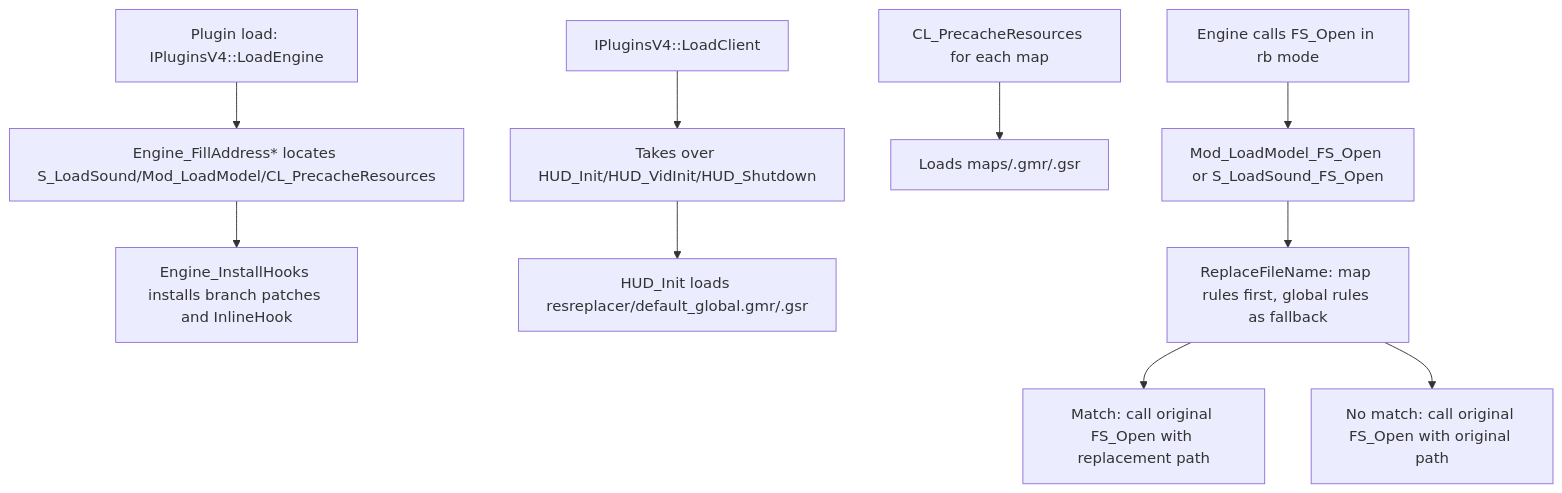
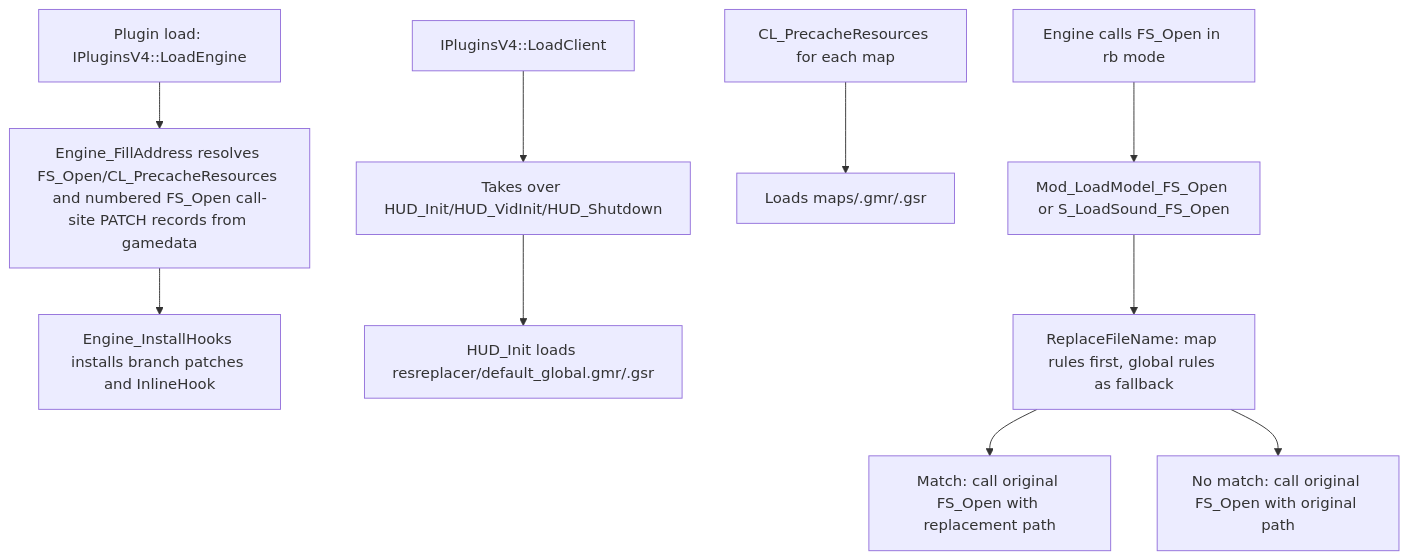
Before and after one commit to hzqst/MetaHookSv: the diagram in memory/ResourceReplacer.md, drawn with Mermaid. The commit also changed other lines of this file and 8 other files, not shown here.

First line of the commit message:
chore(gamedata): gate required symbol kinds and numbered patch sets

````diff
--- a/memory/ResourceReplacer.md
+++ b/memory/ResourceReplacer.md
@@ -43,12 +43,12 @@
 ```mermaid
 flowchart TD
-  A[Plugin load: IPluginsV4::LoadEngine] --> B[Engine_FillAddress* locates S_LoadSound/Mod_LoadModel/CL_PrecacheResources]
+  A[Plugin load: IPluginsV4::LoadEngine] --> B[Engine_FillAddress resolves FS_Open/CL_PrecacheResources and numbered FS_Open call-site PATCH records from gamedata]
   B --> C[Engine_InstallHooks installs branch patches and InlineHook]
   D[IPluginsV4::LoadClient] --> E[Takes over HUD_Init/HUD_VidInit/HUD_Shutdown]
   E --> F[HUD_Init loads resreplacer/default_global.gmr/.gsr]
   G[CL_PrecacheResources for each map] --> H[Loads maps/<map>.gmr/.gsr]
   I[Engine calls FS_Open in rb mode] --> J[Mod_LoadModel_FS_Open or S_LoadSound_FS_Open]
   J --> K[ReplaceFileName: map rules first, global rules as fallback]
   K --> L[Match: call original FS_Open with replacement path]
   K --> M[No match: call original FS_Open with original path]
 ```
````
